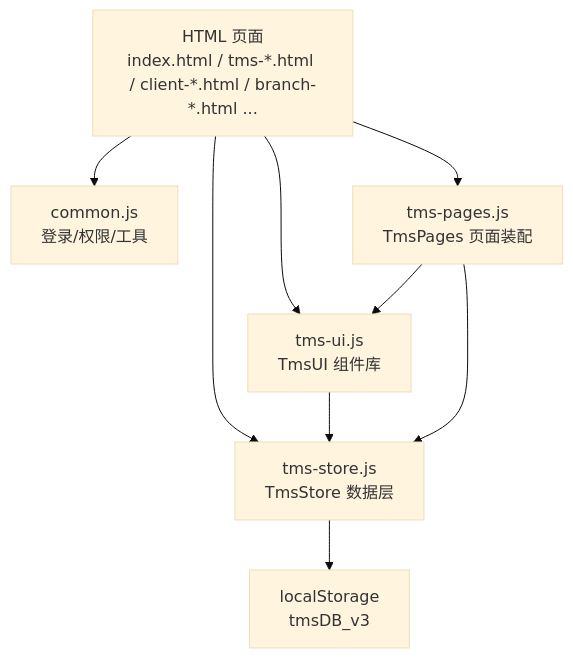
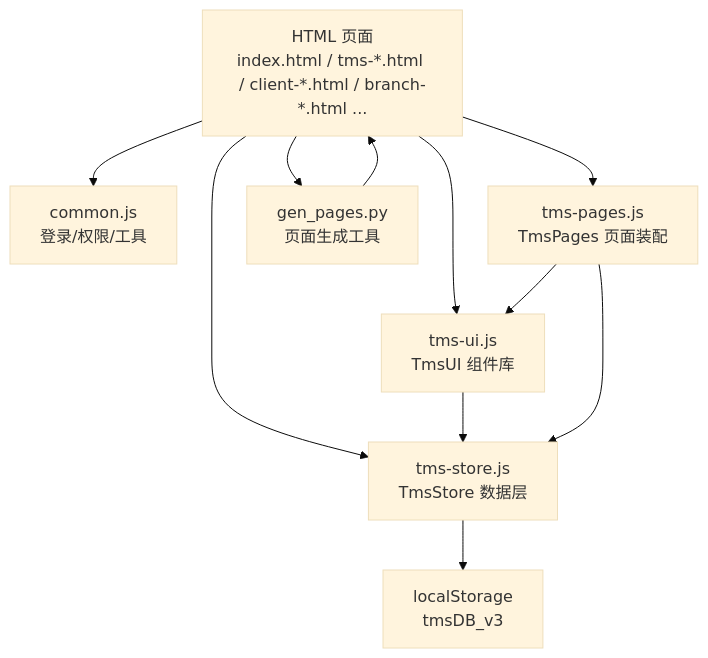
The first of 7 diagrams in .qoder/repowiki/zh/content/系统架构设计/系统架构设计.md (PengLine/blog-tms), drawn with Mermaid (base theme) before and after one commit. The commit also changed other lines of this file and 101 other files, not shown here.

````diff
--- a/.qoder/repowiki/zh/content/系统架构设计/系统架构设计.md
+++ b/.qoder/repowiki/zh/content/系统架构设计/系统架构设计.md
@@ -36,11 +47,13 @@
 ```mermaid
 graph TB
 A["HTML 页面<br/>index.html / tms-*.html / client-*.html / branch-*.html ..."] --> B["common.js<br/>登录/权限/工具"]
 A --> C["tms-ui.js<br/>TmsUI 组件库"]
 A --> D["tms-store.js<br/>TmsStore 数据层"]
 A --> E["tms-pages.js<br/>TmsPages 页面装配"]
-D --> F["localStorage<br/>tmsDB_v3"]
+A --> F["gen_pages.py<br/>页面生成工具"]
+D --> G["localStorage<br/>tmsDB_v3"]
 C --> D
 E --> D
 E --> C
+F --> A
 ```
````
